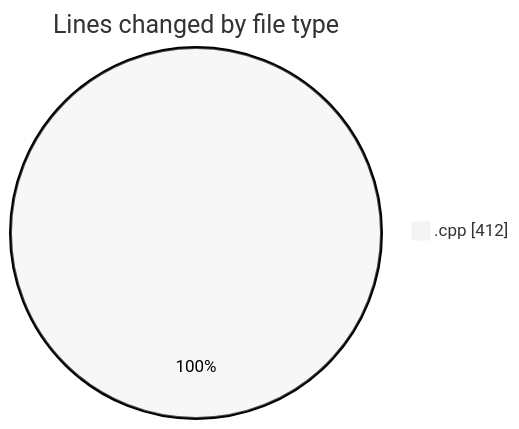
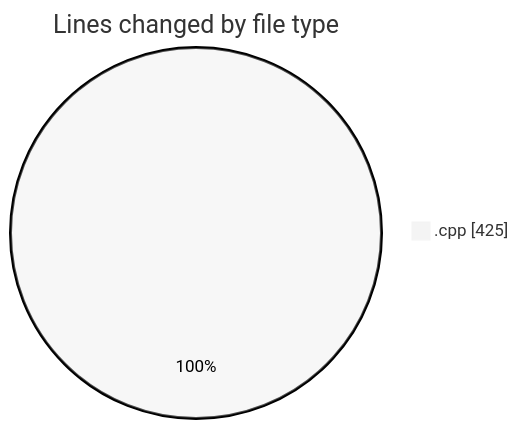
One commit to Netris89/code-tracking changed the first of 2 diagrams in 2025-03-31/echo/README.md. Above: the diagram before and after it, drawn with Mermaid (neutral theme). The commit also changed other lines of this file and 1 other file, not shown here.

````diff
--- a/2025-03-31/echo/README.md
+++ b/2025-03-31/echo/README.md
@@ -20,5 +20,5 @@
 ```mermaid
 pie showData
 title Lines changed by file type
-".cpp" : 412
+".cpp" : 425
 ```
````
